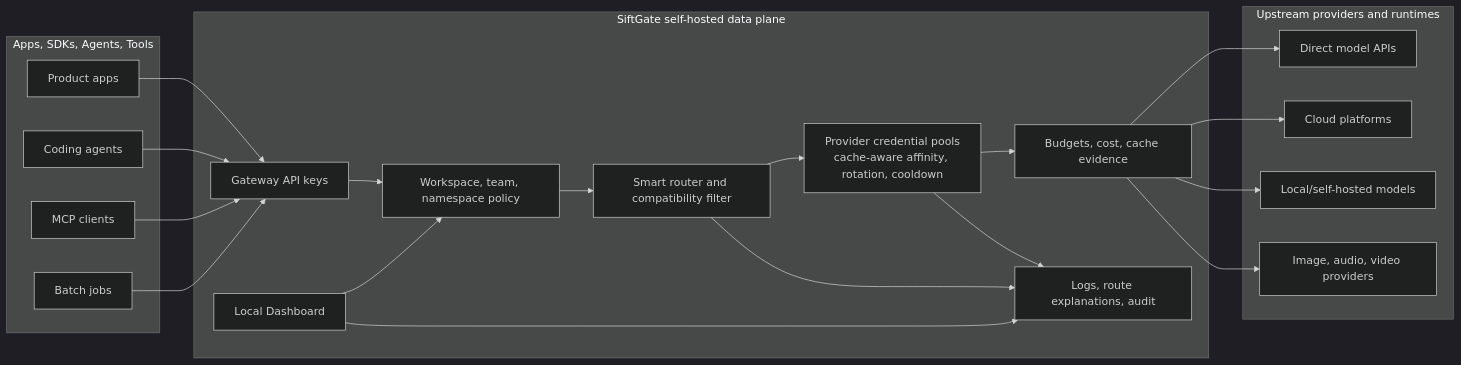
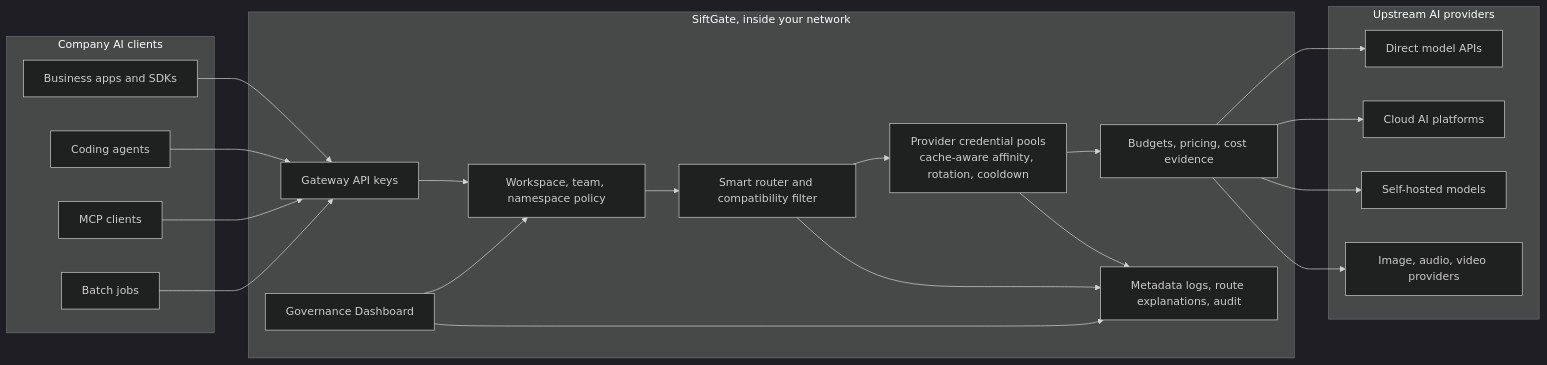
One commit to seanbabalala/SiftGate changed the diagram in README.md. Above: the diagram before and after it, drawn with Mermaid (dark theme). The commit also changed other lines of this file and 20 other files, not shown here.

````diff
--- a/README.md
+++ b/README.md
@@ -158,40 +174,40 @@
 ```mermaid
 flowchart LR
-  subgraph Clients["Apps, SDKs, Agents, Tools"]
-    App["Product apps"]
+  subgraph Clients["Company AI clients"]
+    App["Business apps and SDKs"]
     Agent["Coding agents"]
     MCP["MCP clients"]
     Batch["Batch jobs"]
   end
 
-  subgraph Gateway["SiftGate self-hosted data plane"]
+  subgraph Gateway["SiftGate, inside your network"]
     Auth["Gateway API keys"]
     Policy["Workspace, team, namespace policy"]
     Route["Smart router and compatibility filter"]
     Creds["Provider credential pools<br/>cache-aware affinity, rotation, cooldown"]
-    Cost["Budgets, cost, cache evidence"]
-    Observe["Logs, route explanations, audit"]
-    Dashboard["Local Dashboard"]
+    Cost["Budgets, pricing, cost evidence"]
+    Observe["Metadata logs, route explanations, audit"]
+    Dashboard["Governance Dashboard"]
   end
 
-  subgraph Providers["Upstream providers and runtimes"]
+  subgraph Providers["Upstream AI providers"]
     Direct["Direct model APIs"]
-    Cloud["Cloud platforms"]
-    Local["Local/self-hosted models"]
+    Cloud["Cloud AI platforms"]
+    Local["Self-hosted models"]
     Media["Image, audio, video providers"]
   end
 
   App --> Auth
   Agent --> Auth
   MCP --> Auth
   Batch --> Auth
   Auth --> Policy --> Route --> Creds --> Cost
   Cost --> Direct
   Cost --> Cloud
   Cost --> Local
   Cost --> Media
   Creds --> Observe
   Route --> Observe
   Dashboard --> Policy
   Dashboard --> Observe
 ```
````
